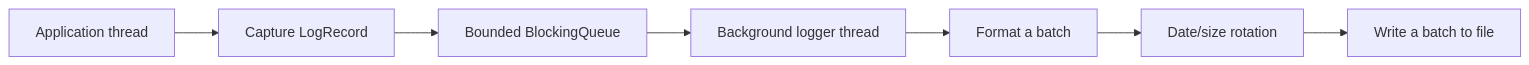
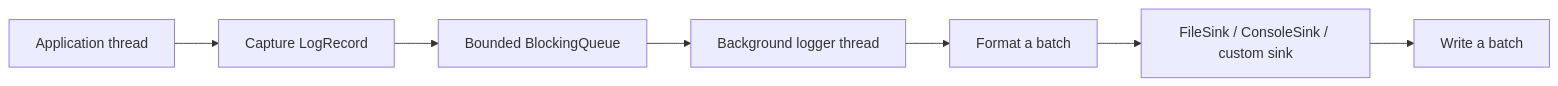
Before and after one commit to qxf-72/cpp_logger: the diagram in README_EN.md, drawn with Mermaid. The commit also changed other lines of this file and 8 other files, not shown here.

````diff
--- a/README_EN.md
+++ b/README_EN.md
@@ -125,9 +140,9 @@
 ```mermaid
 flowchart LR
     P[Application thread] --> R[Capture LogRecord]
     R --> Q[Bounded BlockingQueue]
     Q --> W[Background logger thread]
     W --> F[Format a batch]
-    F --> O[Date/size rotation]
-    O --> D[Write a batch to file]
+    F --> S[FileSink / ConsoleSink / custom sink]
+    S --> D[Write a batch]
 ```
````
